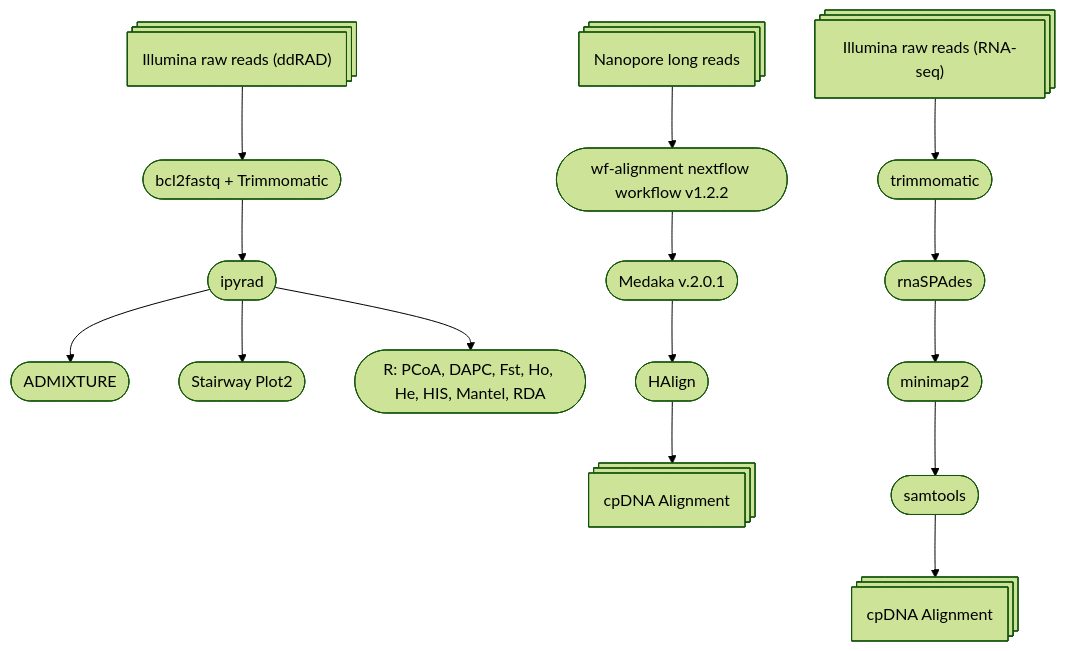
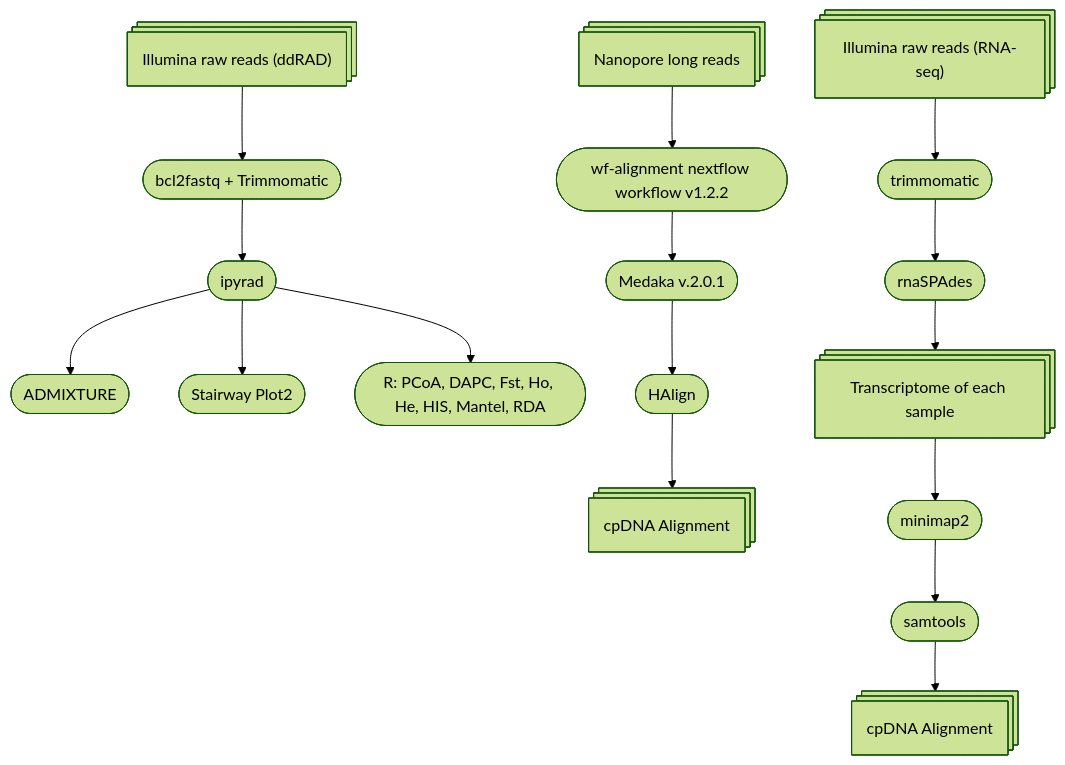
The diagram in README.md (kuprinak/Drosera_pogen), drawn with Mermaid (forest theme) before and after one commit.

````diff
--- a/README.md
+++ b/README.md
@@ -19,18 +19,19 @@
 ```mermaid
 flowchart TB
 A@{shape: procs, label: "Illumina raw reads (ddRAD)"} --> B([bcl2fastq + Trimmomatic]);
 B --> C([ipyrad]);
 C --> D([ADMIXTURE]);
 C --> E([Stairway Plot2]);
 C --> F([R: PCoA, DAPC, Fst, Ho, He, HIS, Mantel, RDA])
 
 AA@{shape: procs, label: "Nanopore long reads"} --> K([wf-alignment nextflow workflow v1.2.2]);
 K --> K1([Medaka v.2.0.1]);
 K1 --> K2([HAlign]) --> K3@{shape: procs, label: "cpDNA Alignment"}
 
 AAA@{shape: procs, label: "Illumina raw reads (RNA-seq)"} --> SPA([trimmomatic]);
 SPA --> SPA1([rnaSPAdes]);
-SPA1 --> SPA2([minimap2]);
+SPA1 --> SPA5@{shape: procs, label: "Transcriptome of each sample"}
+SPA5 --> SPA2([minimap2]);
 SPA2 --> SPA3([samtools]) --> SPA4@{shape: procs, label: "cpDNA Alignment"}
 
 ```
````
